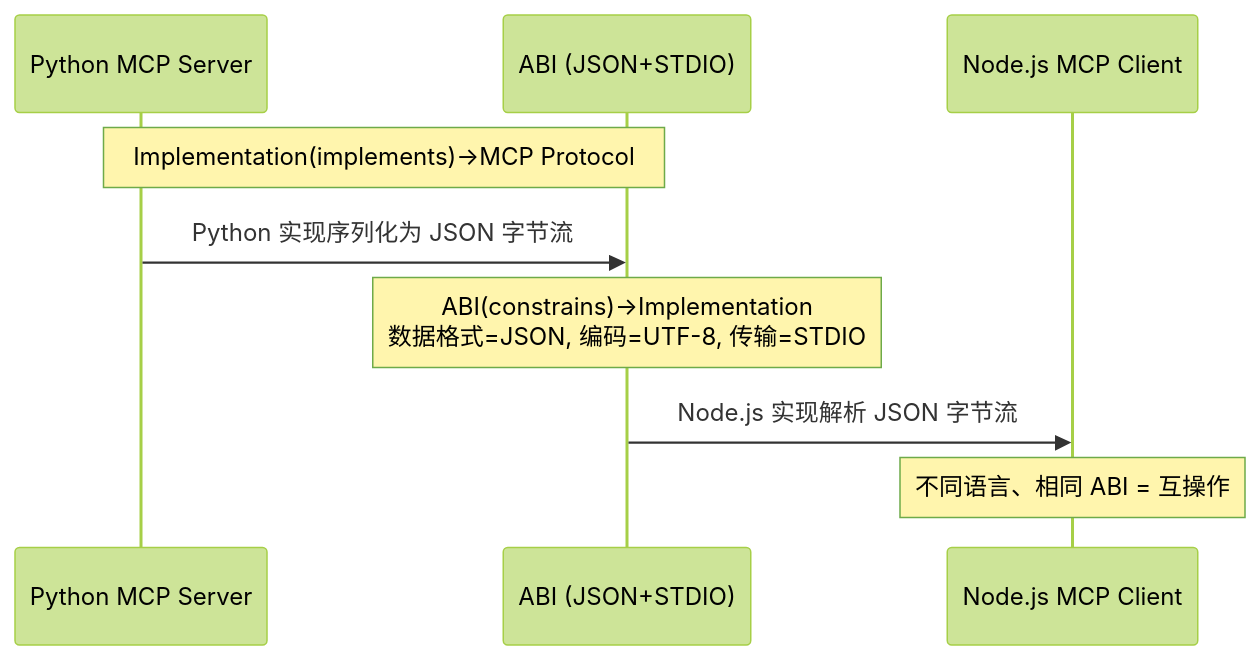
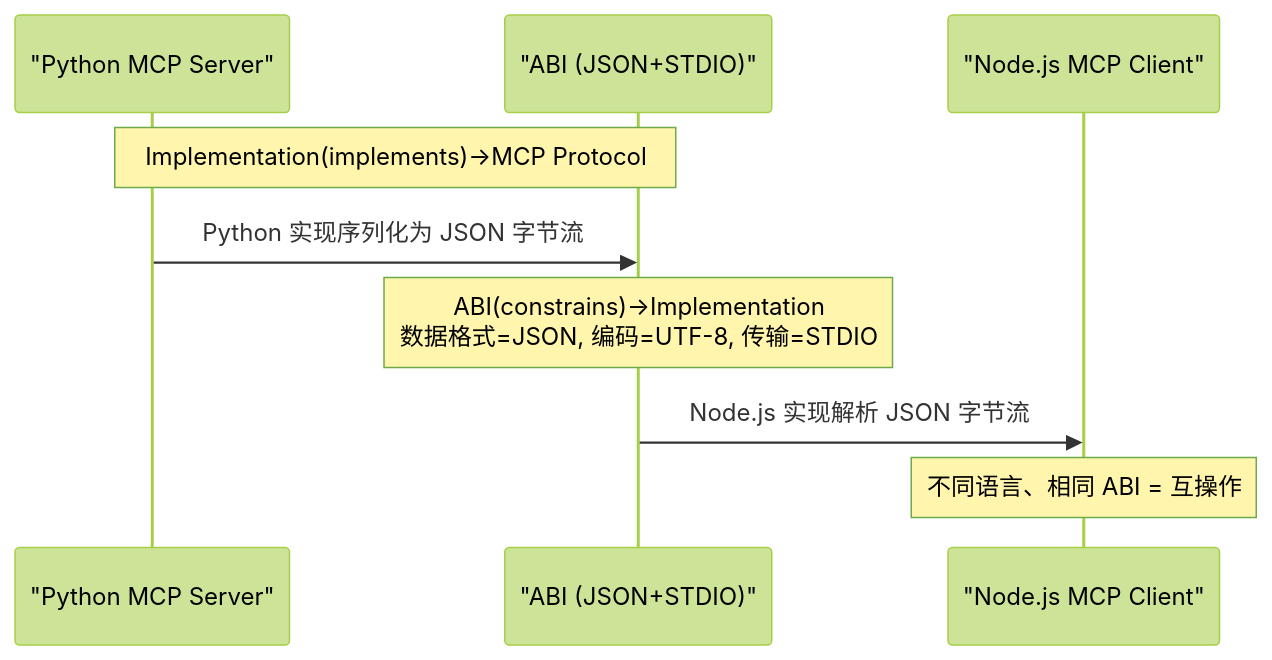
One commit to xinetzone/SpecWeave changed the third of 4 diagrams in docs/knowledge/myst-unified-ecosystem/12-relationships.md. Above: the diagram before and after it, drawn with Mermaid (forest theme). The commit also changed other lines of this file and 75 other files, not shown here.

First line of the commit message:
fix(mermaid): 自动修复docs目录下67处Mermaid语法错误并更新私密报告引用路径

````diff
--- a/docs/knowledge/myst-unified-ecosystem/12-relationships.md
+++ b/docs/knowledge/myst-unified-ecosystem/12-relationships.md
@@ -163,12 +161,11 @@
 ```mermaid
 sequenceDiagram
-    participant PyImpl as Python MCP Server
-    participant ABI as ABI (JSON+STDIO)
-    participant NodeImpl as Node.js MCP Client
-
+    participant PyImpl as "Python MCP Server"
+    participant ABI as "ABI (JSON+STDIO)"
+    participant NodeImpl as "Node.js MCP Client"
     Note over PyImpl,ABI: Implementation(implements)→MCP Protocol
     PyImpl->>ABI: Python 实现序列化为 JSON 字节流
     Note over ABI: ABI(constrains)→Implementation<br/>数据格式=JSON, 编码=UTF-8, 传输=STDIO
     ABI->>NodeImpl: Node.js 实现解析 JSON 字节流
     Note over NodeImpl: 不同语言、相同 ABI = 互操作
 ```
````
